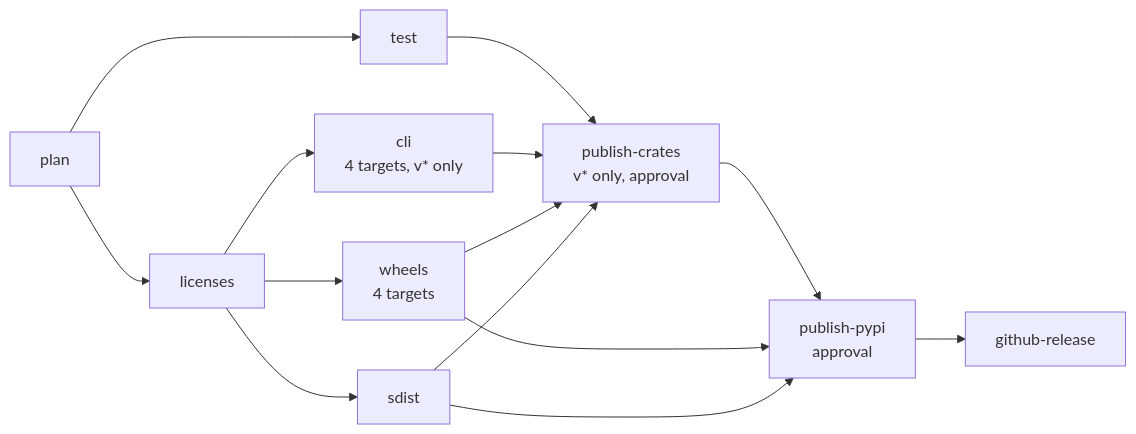
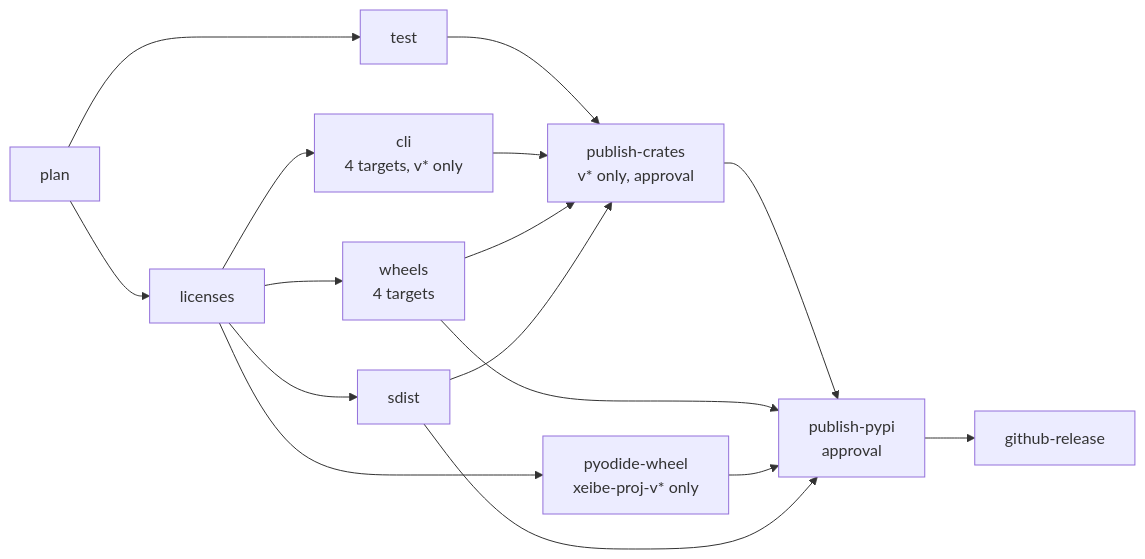
The diagram in docs/releasing.md (ttomasz/xeibe), drawn with Mermaid before and after one commit. The commit also changed other lines of this file and 15 other files, not shown here.

First line of the commit message:
xeibe-proj: a Pyodide wheel

````diff
--- a/docs/releasing.md
+++ b/docs/releasing.md
@@ -66,16 +66,18 @@
 ```mermaid
 flowchart LR
     plan --> test
     plan --> licenses
     licenses --> cli["cli<br/>4 targets, v* only"]
     licenses --> wheels["wheels<br/>4 targets"]
+    licenses --> pyw["pyodide-wheel<br/>xeibe-proj-v* only"]
     licenses --> sdist
     test --> pc
     cli --> pc["publish-crates<br/>v* only, approval"]
     wheels --> pc
     sdist --> pc
     pc --> pp["publish-pypi<br/>approval"]
     wheels --> pp
+    pyw --> pp
     sdist --> pp
     pp --> gh["github-release"]
 ```
````
